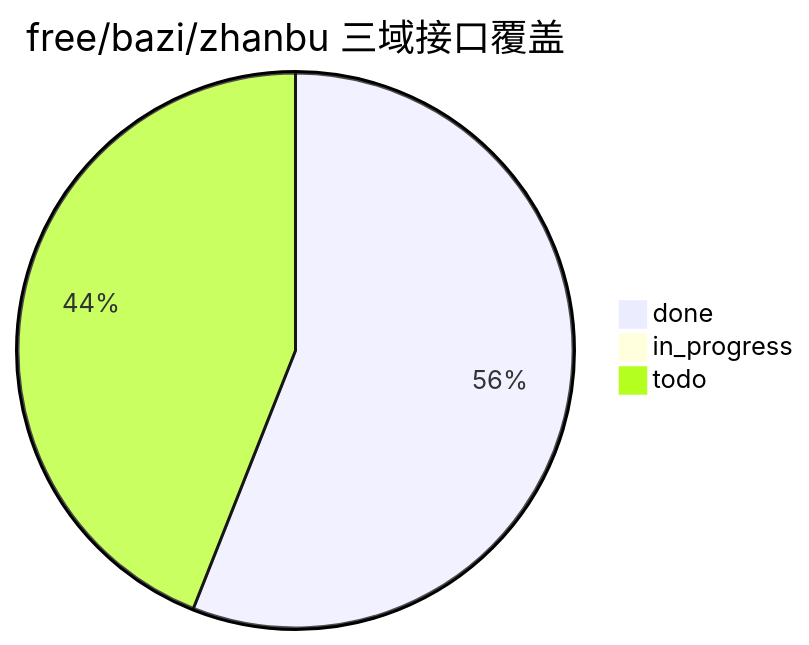
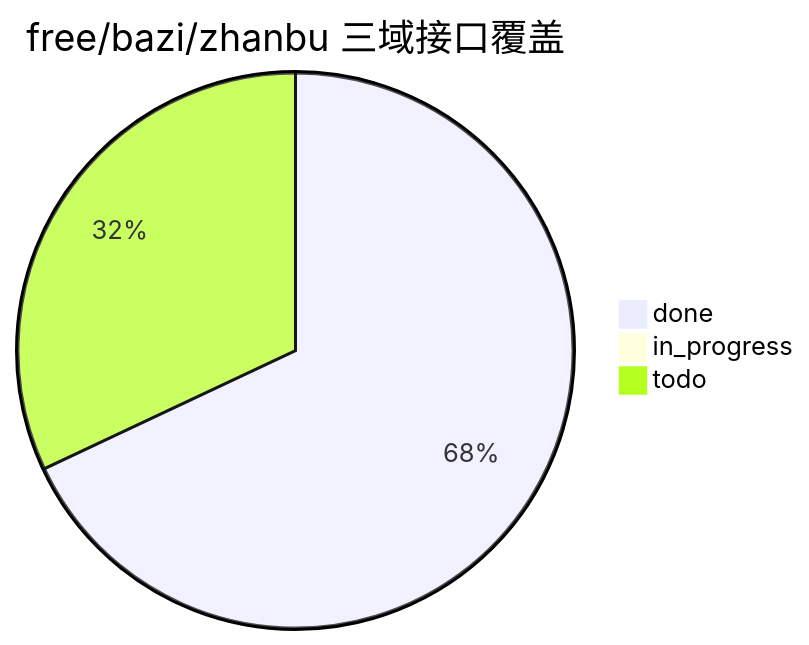
One commit to Scorpio69t/yuanfenju-go-sdk changed the diagram in docs/interface-catalog.md. Above: the diagram before and after it, drawn with Mermaid. The commit also changed other lines of this file and 4 other files, not shown here.

````diff
--- a/docs/interface-catalog.md
+++ b/docs/interface-catalog.md
@@ -15,6 +15,6 @@
 ```mermaid
 pie title free/bazi/zhanbu 三域接口覆盖
-    "done" : 14
+    "done" : 17
     "in_progress" : 0
-    "todo" : 11
+    "todo" : 8
 ```
````
